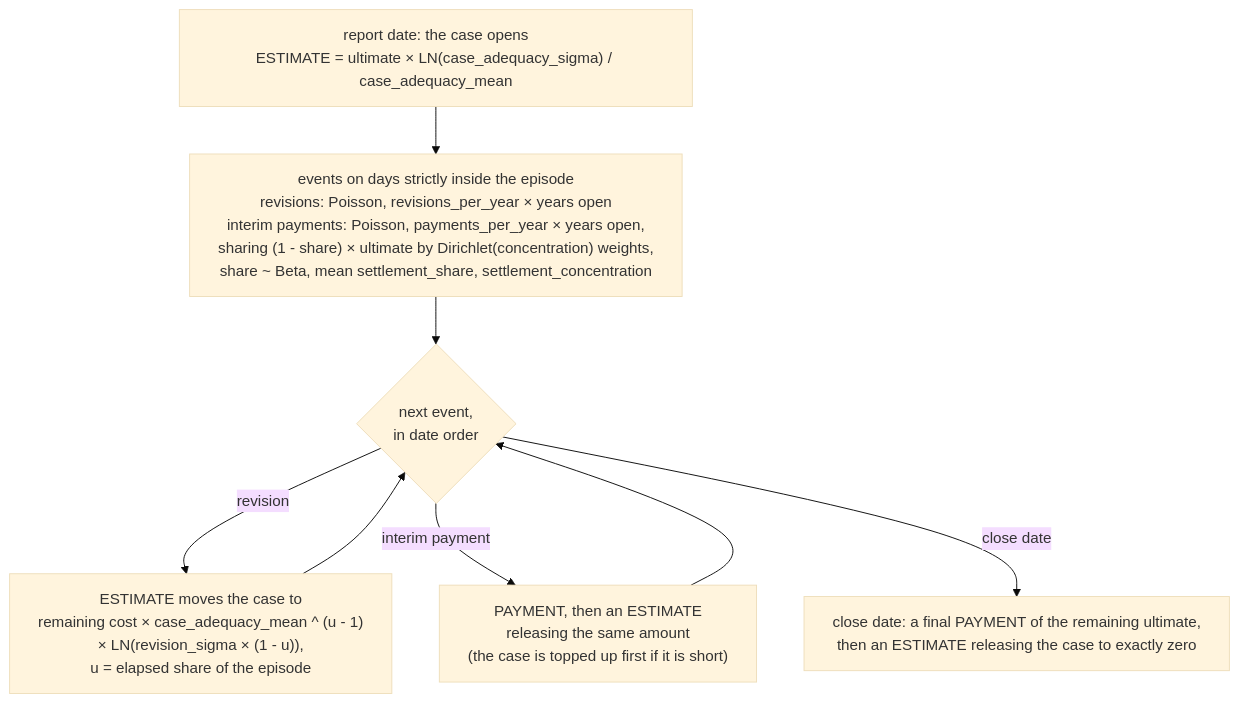
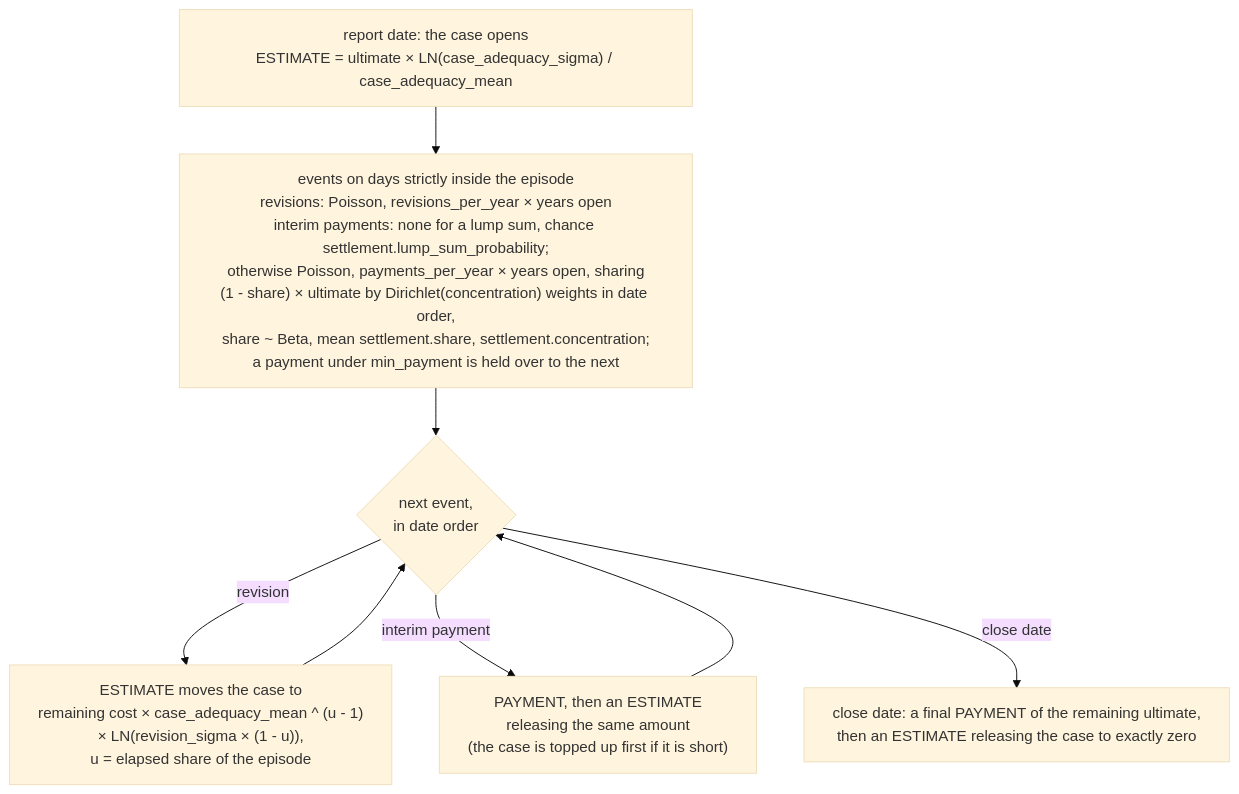
Before and after one commit to le-marais/claims-data-generator: the sixth of 10 diagrams in README.md, drawn with Mermaid (base theme). The commit also changed other lines of this file and 7 other files, not shown here.

First line of the commit message:
Document the per-section settlement and the minimum payment

````diff
--- a/README.md
+++ b/README.md
@@ -220,14 +220,14 @@
 ```mermaid
 %%{init: {"flowchart": {"wrappingWidth": 480}}}%%
 flowchart TD
     opening["report date: the case opens<br/>ESTIMATE = ultimate × LN(case_adequacy_sigma) / case_adequacy_mean"]
-    events["events on days strictly inside the episode<br/>revisions: Poisson, revisions_per_year × years open<br/>interim payments: Poisson, payments_per_year × years open,<br/>sharing (1 - share) × ultimate by Dirichlet(concentration) weights,<br/>share ~ Beta, mean settlement_share, settlement_concentration"]
+    events["events on days strictly inside the episode<br/>revisions: Poisson, revisions_per_year × years open<br/>interim payments: none for a lump sum, chance settlement.lump_sum_probability;<br/>otherwise Poisson, payments_per_year × years open, sharing<br/>(1 - share) × ultimate by Dirichlet(concentration) weights in date order,<br/>share ~ Beta, mean settlement.share, settlement.concentration;<br/>a payment under min_payment is held over to the next"]
     nextEvent{"next event,<br/>in date order"}
     revise["ESTIMATE moves the case to<br/>remaining cost × case_adequacy_mean ^ (u - 1)<br/>× LN(revision_sigma × (1 - u)),<br/>u = elapsed share of the episode"]
     pay["PAYMENT, then an ESTIMATE<br/>releasing the same amount<br/>(the case is topped up first if it is short)"]
     settle["close date: a final PAYMENT of the remaining ultimate,<br/>then an ESTIMATE releasing the case to exactly zero"]
     opening --> events --> nextEvent
     nextEvent -- "revision" --> revise --> nextEvent
     nextEvent -- "interim payment" --> pay --> nextEvent
     nextEvent -- "close date" --> settle
 ```
````
